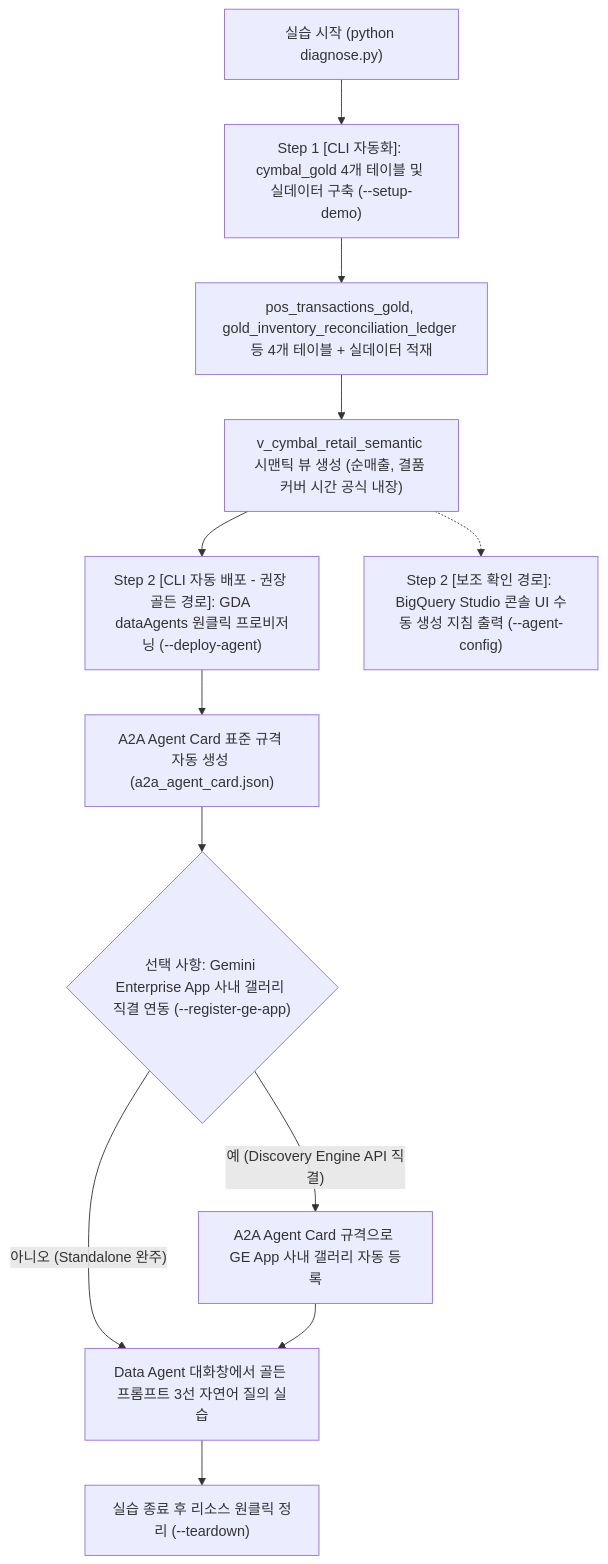
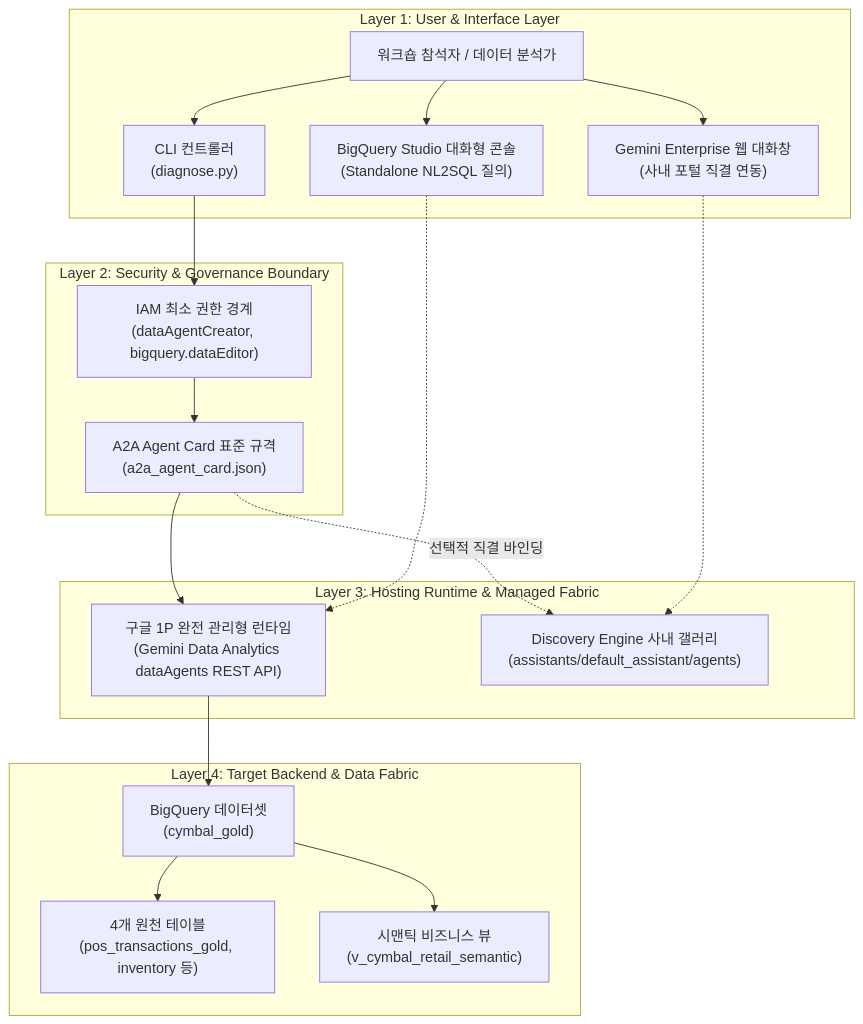
The diagram in samples/bigquery-data-agent-starter/README.md (jiangjun-forge/google-cloud-0-to-1), drawn with Mermaid before and after one commit. The commit also changed other lines of this file and 16 other files, not shown here.

````diff
--- a/samples/bigquery-data-agent-starter/README.md
+++ b/samples/bigquery-data-agent-starter/README.md
@@ -76,14 +76,37 @@
 ```mermaid
 flowchart TD
-    A["실습 시작 (python diagnose.py)"] --> B["Step 1 [CLI 자동화]: cymbal_gold 4개 테이블 및 실데이터 구축 (--setup-demo)"]
-    B --> C["pos_transactions_gold, gold_inventory_reconciliation_ledger 등 4개 테이블 + 실데이터 적재"]
-    C --> D["v_cymbal_retail_semantic 시맨틱 뷰 생성 (순매출, 결품 커버 시간 공식 내장)"]
-    D --> E["Step 2 [CLI 자동 배포 - 권장 골든 경로]: GDA dataAgents 원클릭 프로비저닝 (--deploy-agent)"]
-    E --> F["A2A Agent Card 표준 규격 자동 생성 (a2a_agent_card.json)"]
-    D -.-> G["Step 2 [보조 확인 경로]: BigQuery Studio 콘솔 UI 수동 생성 지침 출력 (--agent-config)"]
-    F --> H{"선택 사항: Gemini Enterprise App 사내 갤러리 직결 연동 (--register-ge-app)"}
-    H -- "예 (Discovery Engine API 직결)" --> I["A2A Agent Card 규격으로 GE App 사내 갤러리 자동 등록"]
-    H -- "아니오 (Standalone 완주)" --> J["Data Agent 대화창에서 골든 프롬프트 3선 자연어 질의 실습"]
-    I --> J
-    J --> K["실습 종료 후 리소스 원클릭 정리 (--teardown)"]
+    subgraph Layer1 ["Layer 1: User & Interface Layer"]
+        User["워크숍 참석자 / 데이터 분석가"]
+        CLI["CLI 컨트롤러<br/>(diagnose.py)"]
+        BQStudio["BigQuery Studio 대화형 콘솔<br/>(Standalone NL2SQL 질의)"]
+        GEPortal["Gemini Enterprise 웹 대화창<br/>(사내 포털 직결 연동)"]
+        User --> CLI
+        User --> BQStudio
+        User --> GEPortal
+    end
+
+    subgraph Layer2 ["Layer 2: Security & Governance Boundary"]
+        IAMPolicy["IAM 최소 권한 경계<br/>(dataAgentCreator, bigquery.dataEditor)"]
+        A2ACard["A2A Agent Card 표준 규격<br/>(a2a_agent_card.json)"]
+        CLI --> IAMPolicy
+        IAMPolicy --> A2ACard
+    end
+
+    subgraph Layer3 ["Layer 3: Hosting Runtime & Managed Fabric"]
+        GDATenant["구글 1P 완전 관리형 런타임<br/>(Gemini Data Analytics dataAgents REST API)"]
+        DiscEngine["Discovery Engine 사내 갤러리<br/>(assistants/default_assistant/agents)"]
+        A2ACard --> GDATenant
+        A2ACard -.->|"선택적 직결 바인딩"| DiscEngine
+        BQStudio -.-> GDATenant
+        GEPortal -.-> DiscEngine
+    end
+
+    subgraph Layer4 ["Layer 4: Target Backend & Data Fabric"]
+        Dataset["BigQuery 데이터셋<br/>(cymbal_gold)"]
+        RawTables["4개 원천 테이블<br/>(pos_transactions_gold, inventory 등)"]
+        SemanticView["시맨틱 비즈니스 뷰<br/>(v_cymbal_retail_semantic)"]
+        GDATenant --> Dataset
+        Dataset --> RawTables
+        Dataset --> SemanticView
+    end
 ```
````
